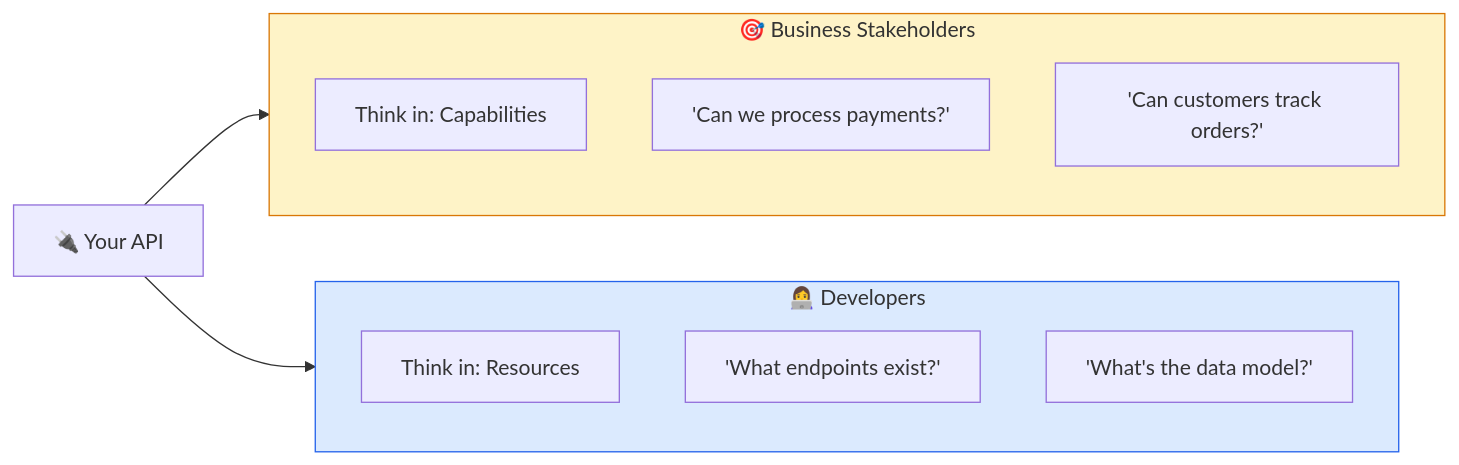
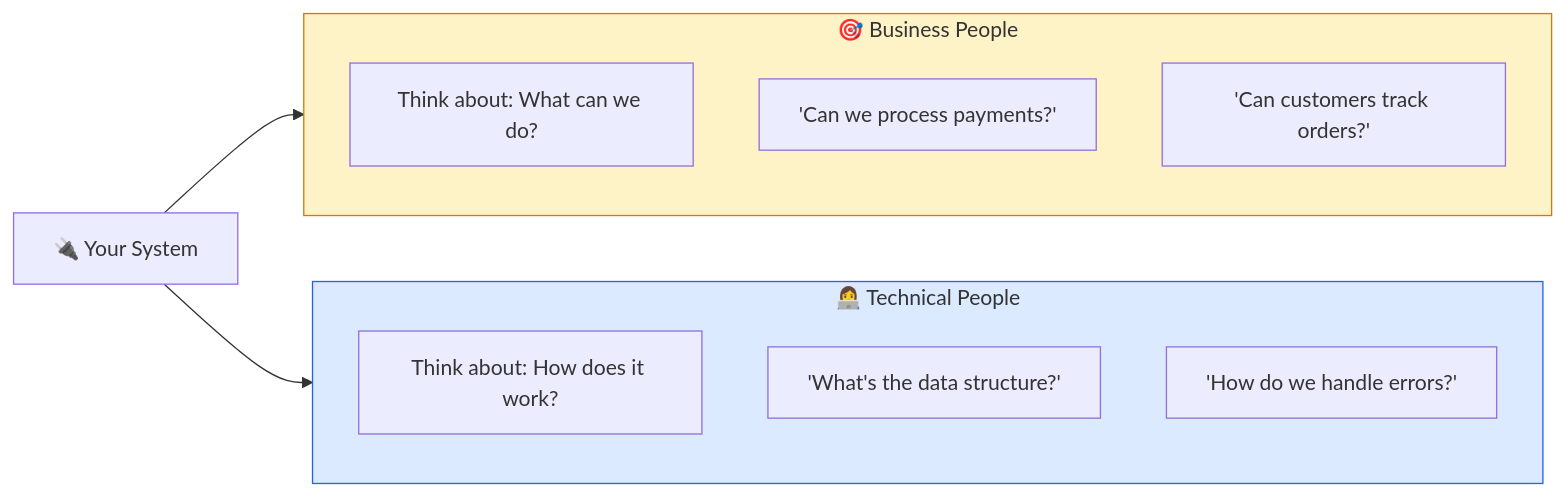
Before and after one commit to rilov/handbook: the sixth of 16 diagrams in _topics/scaling-api-design-architecture-part-2.md, drawn with Mermaid. The commit also changed other lines of this file, not shown here.

```diff
--- a/_topics/scaling-api-design-architecture-part-2.md
+++ b/_topics/scaling-api-design-architecture-part-2.md
@@ -232,22 +274,22 @@
 <div class="mermaid">
 flowchart LR
-    subgraph business["🎯 Business Stakeholders"]
+    subgraph business["🎯 Business People"]
         direction TB
-        B1["Think in: Capabilities"]
+        B1["Think about: What can we do?"]
         B2["'Can we process payments?'"]
         B3["'Can customers track orders?'"]
     end
     
-    subgraph devs["👩‍💻 Developers"]
+    subgraph devs["👩‍💻 Technical People"]
         direction TB
-        D1["Think in: Resources"]
-        D2["'What endpoints exist?'"]
-        D3["'What's the data model?'"]
+        D1["Think about: How does it work?"]
+        D2["'What's the data structure?'"]
+        D3["'How do we handle errors?'"]
     end
     
-    API["🔌 Your API"] --> business
+    API["🔌 Your System"] --> business
     API --> devs
     
     style business fill:#fef3c7,stroke:#d97706
     style devs fill:#dbeafe,stroke:#2563eb
 </div>
```
